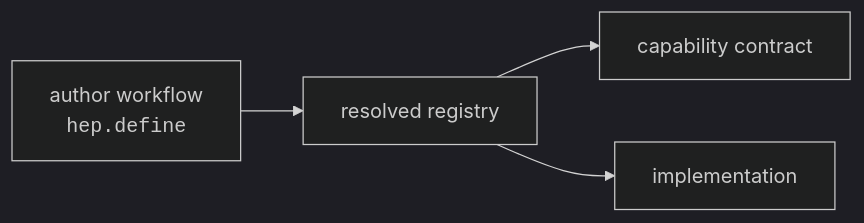
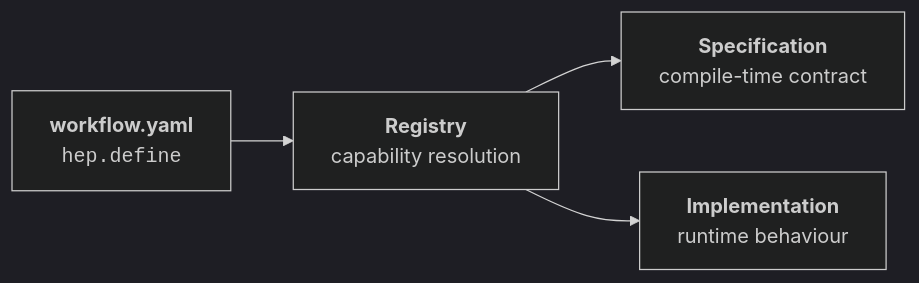
The second of 2 diagrams in docs/extending/index.md (FAST-HEP/fasthep-flow), drawn with Mermaid (dark theme) before and after one commit. The commit also changed other lines of this file and 9 other files, not shown here.

````diff
--- a/docs/extending/index.md
+++ b/docs/extending/index.md
@@ -91,11 +92,11 @@
 ```{mermaid}
 flowchart LR
-    Author["author workflow<br/><code>hep.define</code>"]
-    Registry["resolved registry"]
-    Contract["capability contract"]
-    Impl["implementation"]
+    Workflow["<b>workflow.yaml</b><br/><code>hep.define</code>"]:::input
+    Registry["<b>Registry</b><br/>capability resolution"]:::capability
+    Contract["<b>Specification</b><br/>compile-time contract"]:::flow
+    Impl["<b>Implementation</b><br/>runtime behaviour"]:::runtime
 
-    Author --> Registry
+    Workflow --> Registry
     Registry --> Contract
     Registry --> Impl
 ```
````
